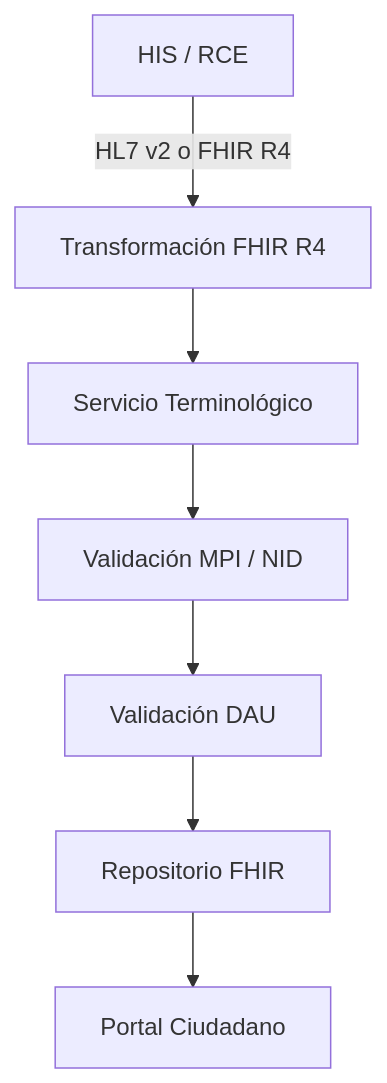
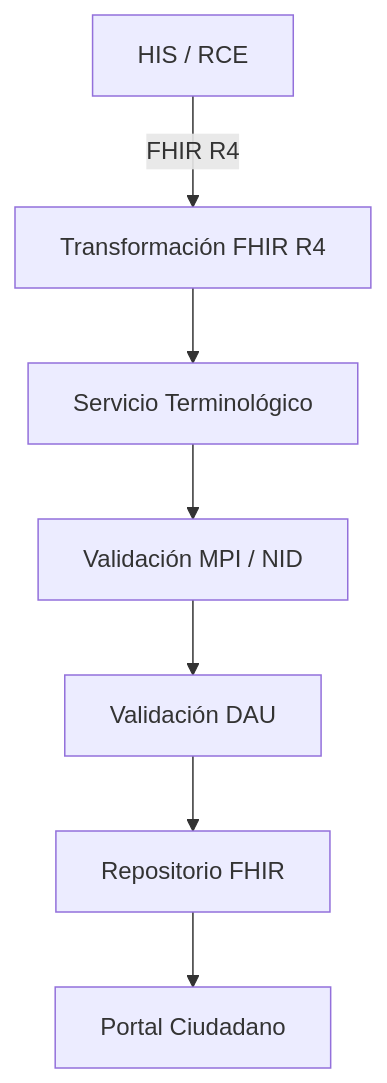
The diagram in input/pagecontent/index.md (rchristiansen/CL-URGENCIA), drawn with Mermaid before and after one commit. The commit also changed other lines of this file and 7 other files, not shown here.

Commit message:
refactor: se elimina transformación HL7 v2 y se adopta FHIR R4 directo

```diff
--- a/input/pagecontent/index.md
+++ b/input/pagecontent/index.md
@@ -43,9 +43,9 @@
 <div class="mermaid">
 flowchart TD
-    A["HIS / RCE"] -->|"HL7 v2 o FHIR R4"| B["Transformación FHIR R4"]
+    A["HIS / RCE"] -->|"FHIR R4"| B["Transformación FHIR R4"]
     B --> C["Servicio Terminológico"]
     C --> D["Validación MPI / NID"]
     D --> E["Validación DAU"]
     E --> F["Repositorio FHIR"]
     F --> G["Portal Ciudadano"]
 </div>
```
